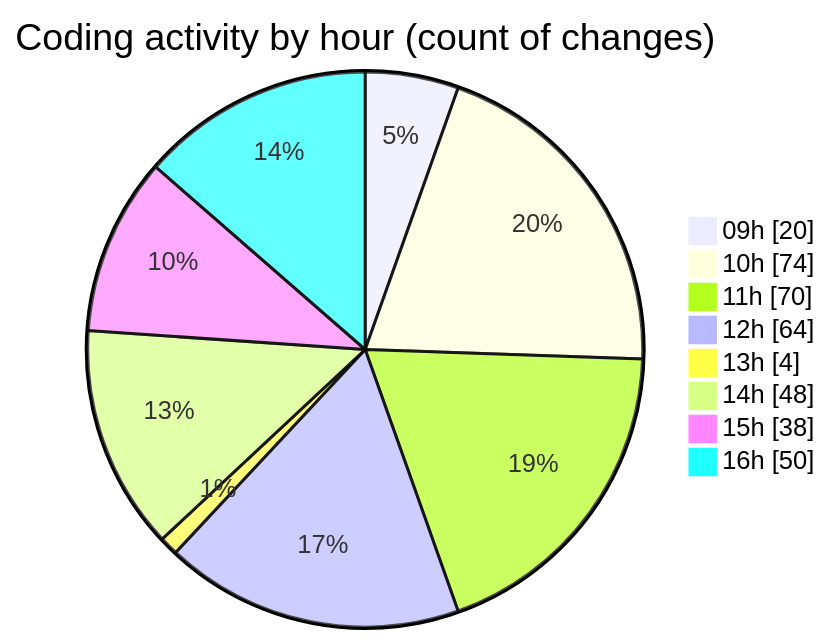
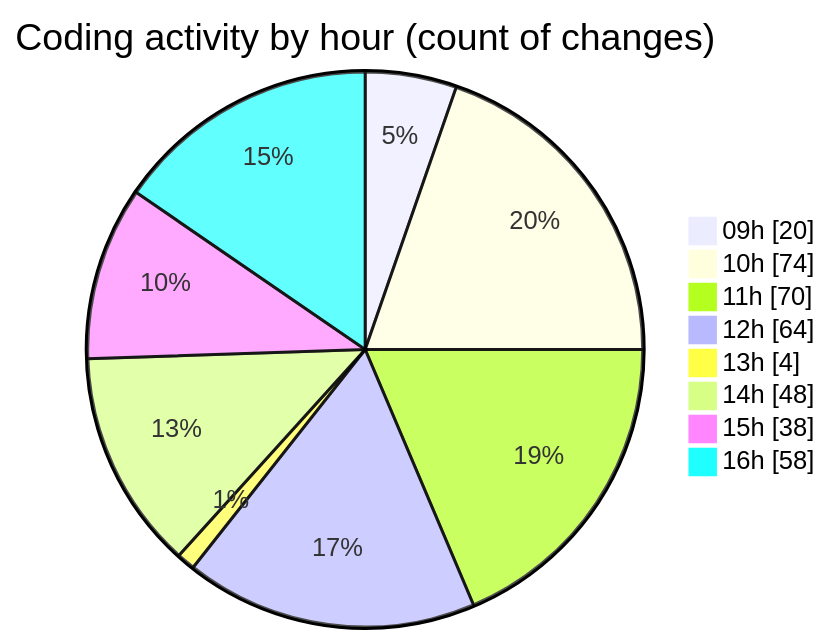
One commit to CELIANVF/code-tracking changed the second of 2 diagrams in 2025-06-06/ecodeli-1/README.md. Above: the diagram before and after it, drawn with Mermaid. The commit also changed other lines of this file and 1 other file, not shown here.

````diff
--- a/2025-06-06/ecodeli-1/README.md
+++ b/2025-06-06/ecodeli-1/README.md
@@ -116,12 +119,12 @@
 ```mermaid
 pie showData
 title Coding activity by hour (count of changes)
 "09h" : 20
 "10h" : 74
 "11h" : 70
 "12h" : 64
 "13h" : 4
 "14h" : 48
 "15h" : 38
-"16h" : 50
+"16h" : 58
 ```
````
